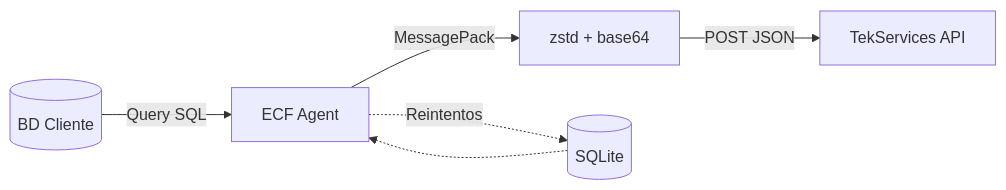
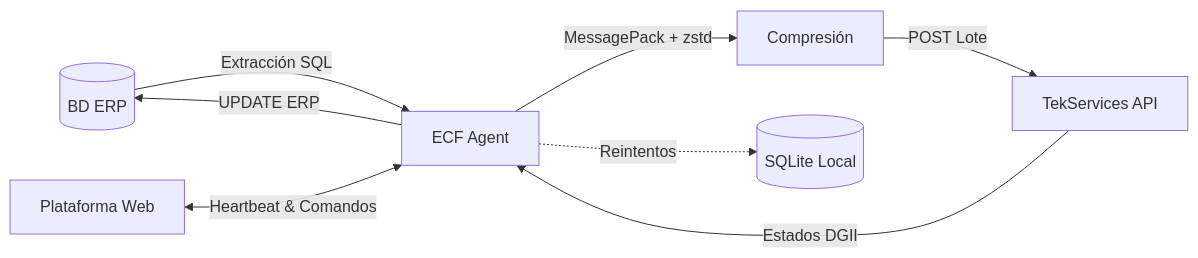
The diagram in README.md (10GO-dev/ecf-agent), drawn with Mermaid before and after one commit. The commit also changed other lines of this file, not shown here.

````diff
--- a/README.md
+++ b/README.md
@@ -13,8 +15,10 @@
 ```mermaid
 graph LR
-    BD[(BD Cliente)] -->|Query SQL| Agent[ECF Agent]
-    Agent -->|MessagePack| Compress[zstd + base64]
-    Compress -->|POST JSON| API[TekServices API]
-    Agent -.->|Reintentos| Queue[(SQLite)]
-    Queue -.-> Agent
+    BD[(BD ERP)] -->|Extracción SQL| Agent[ECF Agent]
+    Agent -->|MessagePack + zstd| Compress[Compresión]
+    Compress -->|POST Lote| API[TekServices API]
+    API -->|Estados DGII| Agent
+    Agent -->|UPDATE ERP| BD
+    Agent -.->|Reintentos| Queue[(SQLite Local)]
+    Platform[Plataforma Web] <-->|Heartbeat & Comandos| Agent
 ```
````
